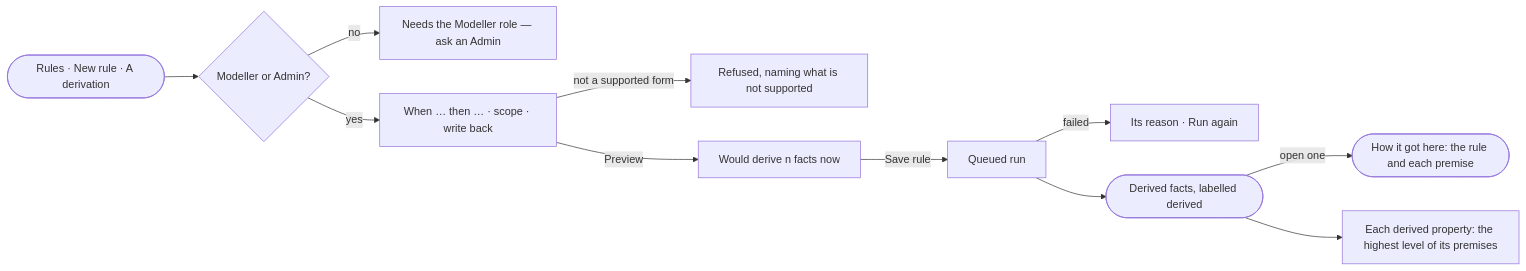
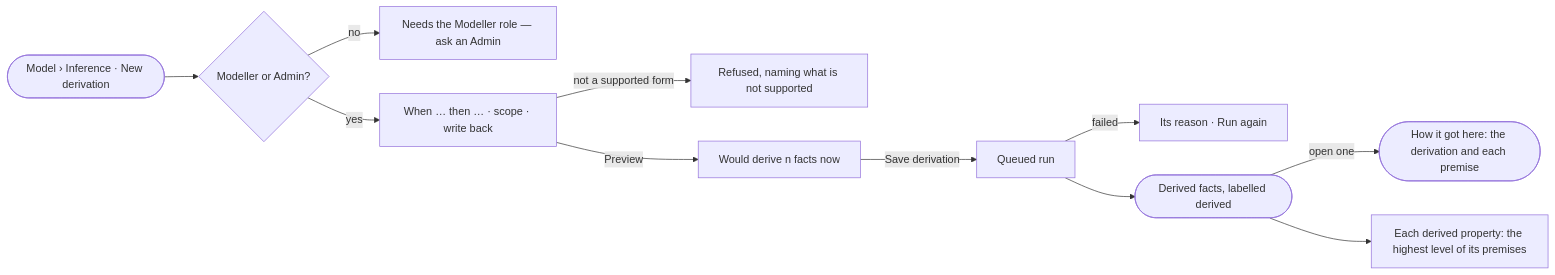
One commit to invana/invana changed the diagram in specs/capabilities/semantics/features/SE-F08-inference/stories/SE-22-derive-facts-from-a-rule/story.md. Above: the diagram before and after it, drawn with Mermaid. The commit also changed other lines of this file and 69 other files, not shown here.

````diff
--- a/specs/capabilities/semantics/features/SE-F08-inference/stories/SE-22-derive-facts-from-a-rule/story.md
+++ b/specs/capabilities/semantics/features/SE-F08-inference/stories/SE-22-derive-facts-from-a-rule/story.md
@@ -29,13 +29,13 @@
 ```mermaid
 flowchart LR
-  a([Rules · New rule · A derivation]) --> c{Modeller or Admin?}
+  a([Model › Inference · New derivation]) --> c{Modeller or Admin?}
   c -->|no| na["Needs the Modeller role — ask an Admin"]
   c -->|yes| d["When … then … · scope · write back"]
   d -->|not a supported form| x["Refused, naming what is not supported"]
   d -->|Preview| p["Would derive n facts now"]
-  p -->|Save rule| q["Queued run"]
+  p -->|Save derivation| q["Queued run"]
   q -->|failed| f["Its reason · Run again"]
   q --> r(["Derived facts, labelled derived"])
-  r -->|open one| h(["How it got here: the rule and each premise"])
+  r -->|open one| h(["How it got here: the derivation and each premise"])
   r --> l["Each derived property: the highest level of its premises"]
 ```
````
